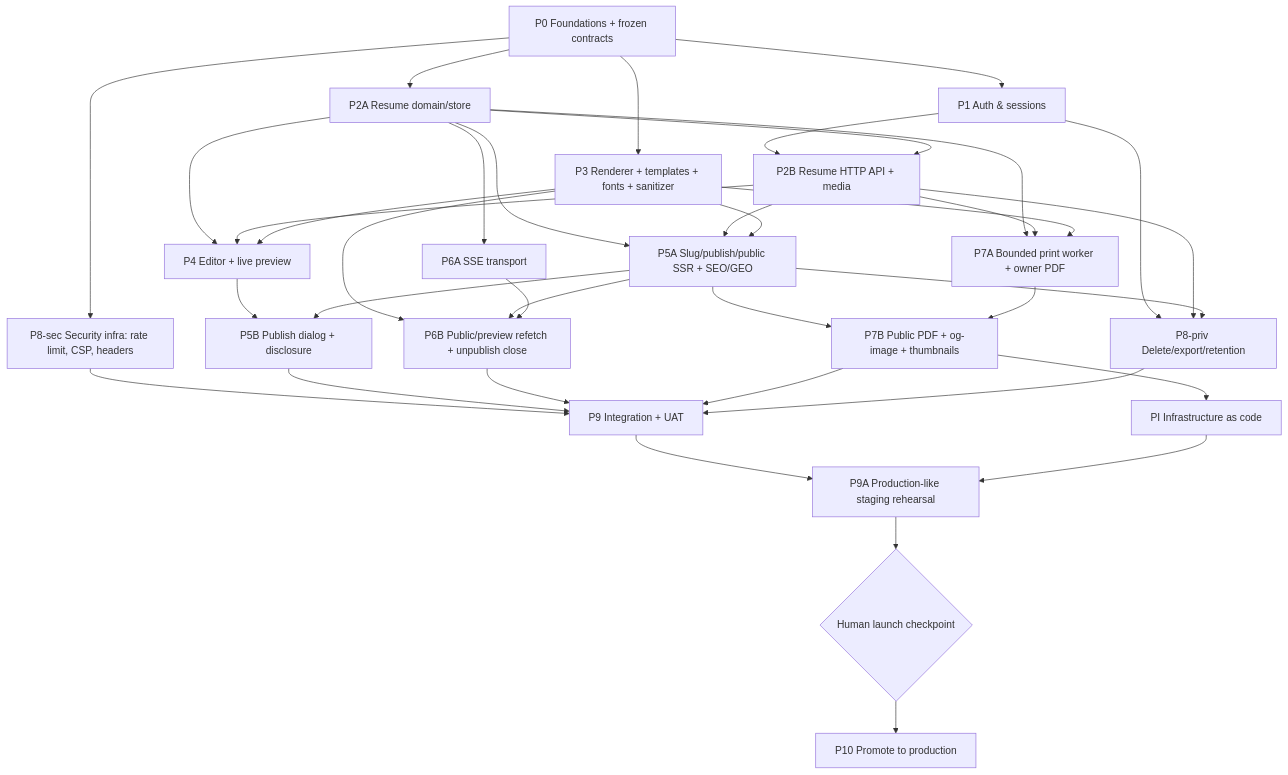
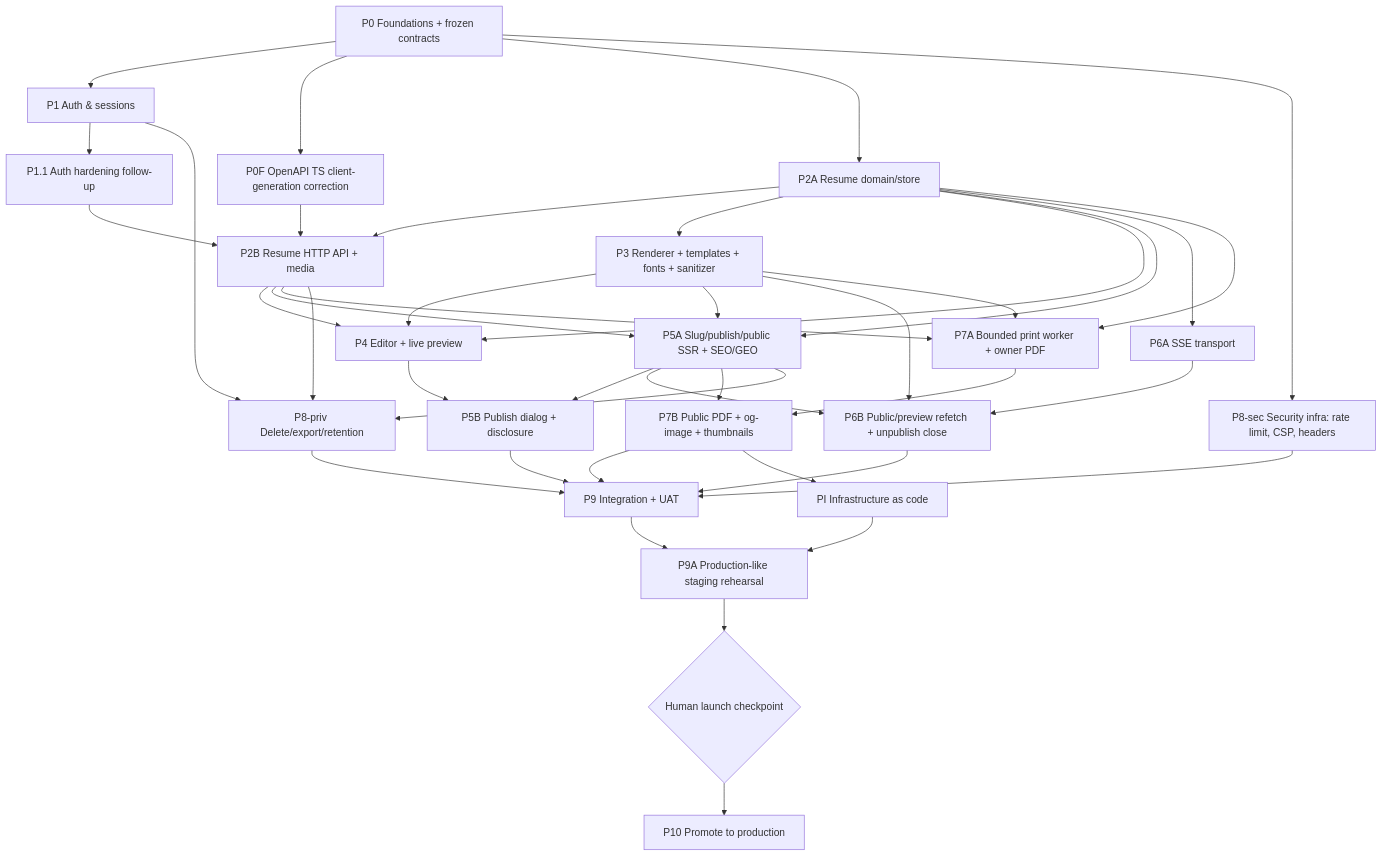
One commit to dannyota/aboutme changed the diagram in docs/plans/implementation-plan.md. Above: the diagram before and after it, drawn with Mermaid. The commit also changed other lines of this file and 16 other files, not shown here.

````diff
--- a/docs/plans/implementation-plan.md
+++ b/docs/plans/implementation-plan.md
@@ -115,39 +112,42 @@
 ```mermaid
 graph TD
     P0[P0 Foundations + frozen contracts] --> P1[P1 Auth & sessions]
+    P0 --> P0F[P0F OpenAPI TS client-generation correction]
+    P1 --> P1F[P1.1 Auth hardening follow-up]
     P0 --> P2A[P2A Resume domain/store]
-    P1 --> P2B[P2B Resume HTTP API + media]
+    P1F --> P2B[P2B Resume HTTP API + media]
+    P0F --> P2B
     P2A --> P2B
-    P0 --> P3[P3 Renderer + templates + fonts + sanitizer]
+    P2A --> P3[P3 Renderer + templates + fonts + sanitizer]
     P2A --> P4[P4 Editor + live preview]
     P2B --> P4
     P3 --> P4
     P2A --> P5A[P5A Slug/publish/public SSR + SEO/GEO]
     P2B --> P5A
     P3 --> P5A
     P4 --> P5B[P5B Publish dialog + disclosure]
     P5A --> P5B
     P2A --> P6A[P6A SSE transport]
     P3 --> P6B[P6B Public/preview refetch + unpublish close]
     P5A --> P6B
     P6A --> P6B
     P2A --> P7A[P7A Bounded print worker + owner PDF]
     P2B --> P7A
     P3 --> P7A
     P5A --> P7B[P7B Public PDF + og-image + thumbnails]
     P7A --> P7B
     P0 --> P8S[P8-sec Security infra: rate limit, CSP, headers]
     P8S --> P9
     P1 --> P8P[P8-priv Delete/export/retention]
     P2B --> P8P
     P5A --> P8P
     P5B --> P9[P9 Integration + UAT]
     P6B --> P9
     P7B --> P9
     P8P --> P9
     P9 --> P9A[P9A Production-like staging rehearsal]
     P7B --> PI[PI Infrastructure as code]
     PI --> P9A
     P9A --> HC{Human launch checkpoint}
     HC --> P10[P10 Promote to production]
 ```
````
